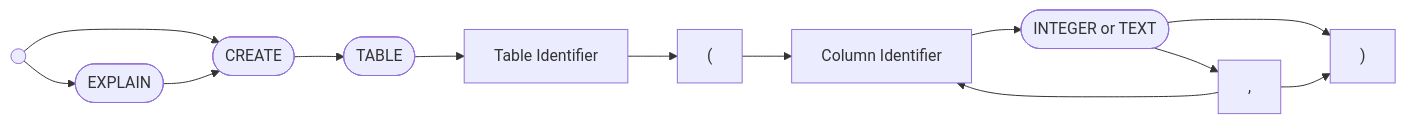
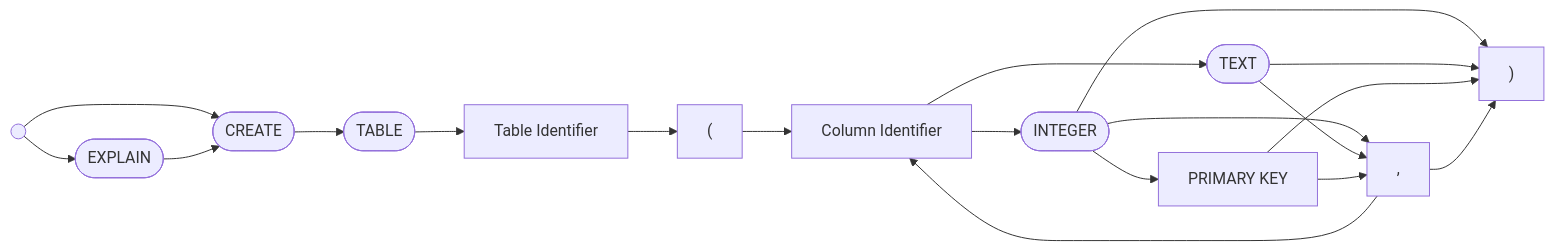
The second of 4 diagrams in README.md (chirst/cdb), drawn with Mermaid before and after one commit. The commit also changed other lines of this file and 16 other files, not shown here.

Commit message:
primary key column constraint (#3)

````diff
--- a/README.md
+++ b/README.md
@@ -35,26 +32,34 @@
 ```mermaid
 graph LR
 begin(( ))
 explain([EXPLAIN])
 create([CREATE])
 table([TABLE])
-colType([INTEGER or TEXT])
+colTypeInt([INTEGER])
+colTypeText([TEXT])
 lparen["("]
 colSep[","]
 rparen[")"]
 tableIdent["Table Identifier"]
 colIdent["Column Identifier"]
+pkConstraint["PRIMARY KEY"]
 
 begin --> explain
 begin --> create
 explain --> create
 create --> table
 table --> tableIdent
 tableIdent --> lparen
 lparen --> colIdent
-colIdent --> colType
-colType --> colSep
-colType --> rparen
+colIdent --> colTypeInt
+colIdent --> colTypeText
+colTypeInt --> pkConstraint
+colTypeInt --> colSep
+colTypeInt --> rparen
+colTypeText --> colSep
+colTypeText --> rparen
+pkConstraint --> colSep
+pkConstraint --> rparen
 colSep --> rparen
 colSep --> colIdent
 ```
````
